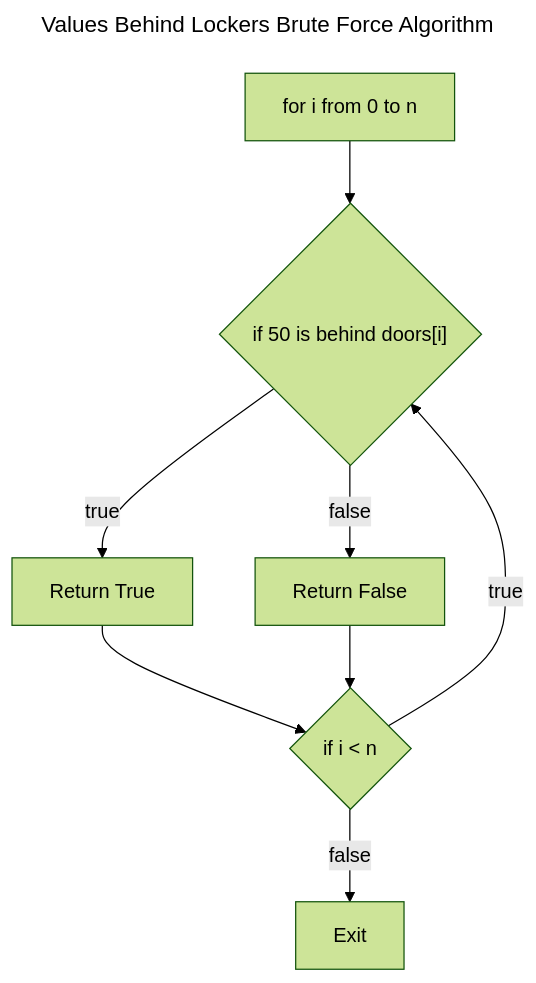
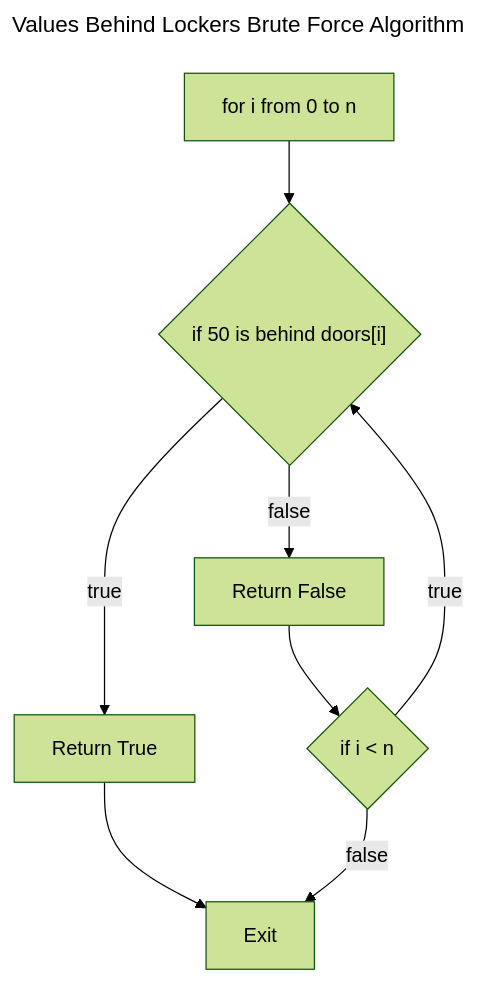
One commit to maclong9/harvard-compsci changed the second of 3 diagrams in CS50/03-Algorithms/README.md. Above: the diagram before and after it, drawn with Mermaid (forest theme).

Commit message:
fix: flowchart

````diff
--- a/CS50/03-Algorithms/README.md
+++ b/CS50/03-Algorithms/README.md
@@ -17,14 +17,13 @@
 ``` mermaid
 ---
 title: Values Behind Lockers Brute Force Algorithm
 ---
 
 flowchart TD
     1["for i from 0 to n"] -->
     2{"if 50 is behind doors[i]"}
-    2 --> |true| 3["Return True"]
-    2 --> |false| 4["Return False"]
-    3 & 4 --> 5{"if i < n"}
+    2 --> |true| 3["Return True"] --> 6
+    2 --> |false| 4["Return False"] --> 5{"if i < n"}
     5 --> |true| 2
     5 --> |false| 6["Exit"]
 ```
````
